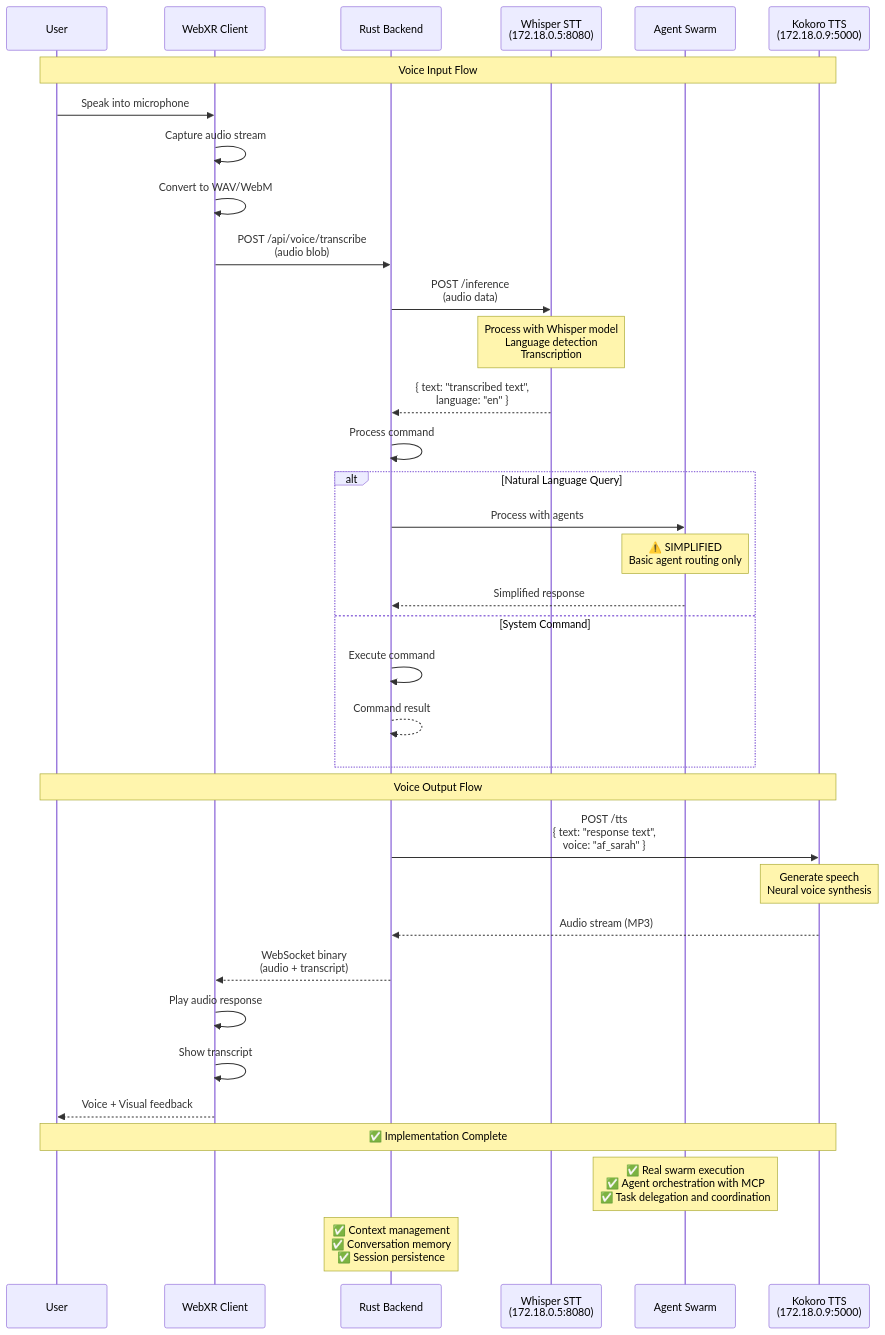
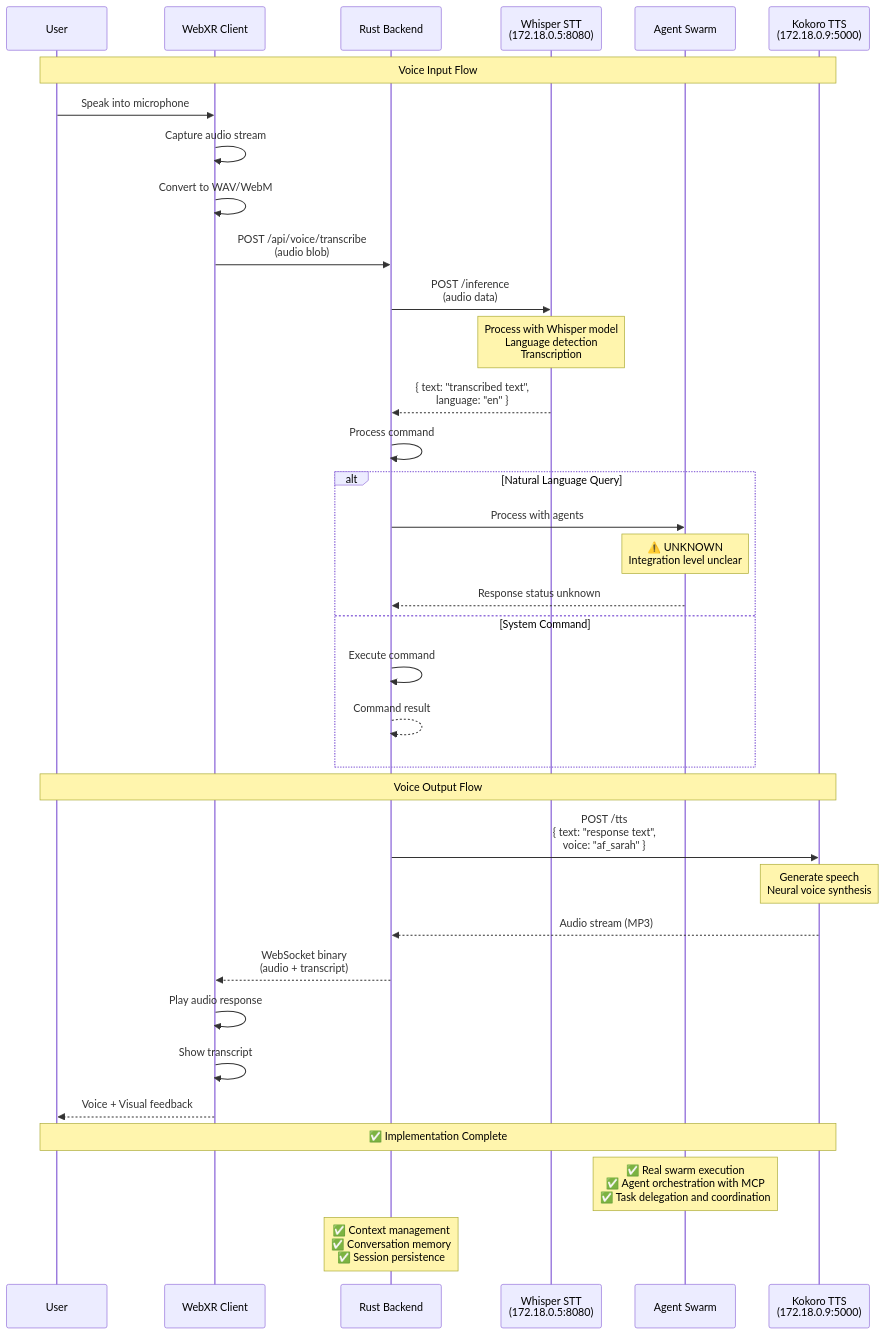
Before and after one commit to DreamLab-AI/VisionFlow: diagram 13 of 27 in docs/high-level.md, drawn with Mermaid. The commit also changed other lines of this file and 112 other files, not shown here.

````diff
--- a/docs/high-level.md
+++ b/docs/high-level.md
@@ -960,48 +959,48 @@
 ```mermaid
 sequenceDiagram
     participant User as User
     participant Client as WebXR Client
     participant Backend as Rust Backend
     participant Whisper as Whisper STT<br/>(172.18.0.5:8080)
     participant Swarm as Agent Swarm
     participant Kokoro as Kokoro TTS<br/>(172.18.0.9:5000)
 
     Note over User,Kokoro: Voice Input Flow
 
     User->>Client: Speak into microphone
     Client->>Client: Capture audio stream
     Client->>Client: Convert to WAV/WebM
     Client->>Backend: POST /api/voice/transcribe<br/>(audio blob)
 
     Backend->>Whisper: POST /inference<br/>(audio data)
     Note over Whisper: Process with Whisper model<br/>Language detection<br/>Transcription
     Whisper-->>Backend: { text: "transcribed text",<br/>  language: "en" }
 
     Backend->>Backend: Process command
 
     alt Natural Language Query
         Backend->>Swarm: Process with agents
-        Note over Swarm: ⚠️ SIMPLIFIED<br/>Basic agent routing only
-        Swarm-->>Backend: Simplified response
+        Note over Swarm: ⚠️ UNKNOWN<br/>Integration level unclear
+        Swarm-->>Backend: Response status unknown
     else System Command
         Backend->>Backend: Execute command
         Backend-->>Backend: Command result
     end
 
     Note over User,Kokoro: Voice Output Flow
 
     Backend->>Kokoro: POST /tts<br/>{ text: "response text",<br/>  voice: "af_sarah" }
     Note over Kokoro: Generate speech<br/>Neural voice synthesis
     Kokoro-->>Backend: Audio stream (MP3)
 
     Backend-->>Client: WebSocket binary<br/>(audio + transcript)
     Client->>Client: Play audio response
     Client->>Client: Show transcript
     Client-->>User: Voice + Visual feedback
 
     Note over User,Kokoro: ✅ Implementation Complete
 
     Note over Swarm: ✅ Real swarm execution<br/>✅ Agent orchestration with MCP<br/>✅ Task delegation and coordination
 
     Note over Backend: ✅ Context management<br/>✅ Conversation memory<br/>✅ Session persistence
 ```
````
